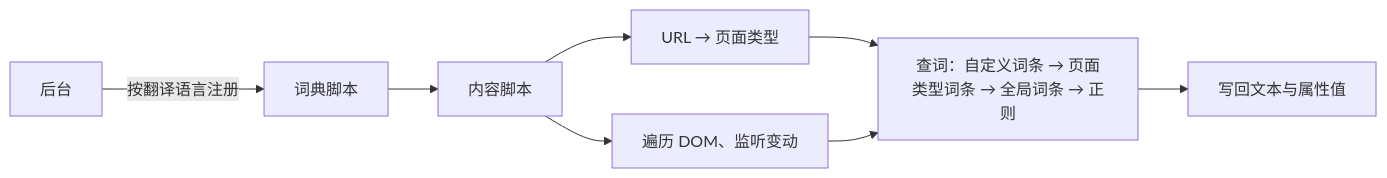
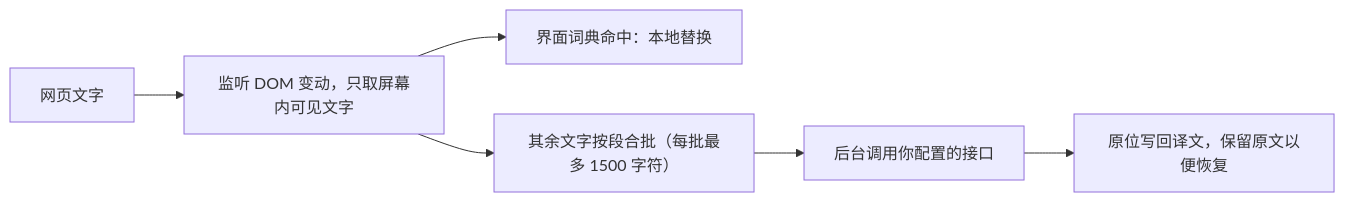
One commit to s-silt/web-chinese-translator changed the diagram in docs/USAGE.md. Above: the diagram before and after it, drawn with Mermaid. The commit also changed other lines of this file and 22 other files, not shown here.

````diff
--- a/docs/USAGE.md
+++ b/docs/USAGE.md
@@ -110,10 +97,8 @@
 ```mermaid
 flowchart LR
-    background["后台"] -- 按翻译语言注册 --> locale["词典脚本"]
-    locale --> content["内容脚本"]
-    content --> route["URL → 页面类型"]
-    content --> observe["遍历 DOM、监听变动"]
-    route --> lookup["查词：自定义词条 → 页面类型词条 → 全局词条 → 正则"]
-    observe --> lookup
-    lookup --> write["写回文本与属性值"]
+    page["网页文字"] --> watch["监听 DOM 变动，只取屏幕内可见文字"]
+    watch --> dict["界面词典命中：本地替换"]
+    watch --> batch["其余文字按段合批（每批最多 1500 字符）"]
+    batch --> api["后台调用你配置的接口"]
+    api --> write["原位写回译文，保留原文以便恢复"]
 ```
````
